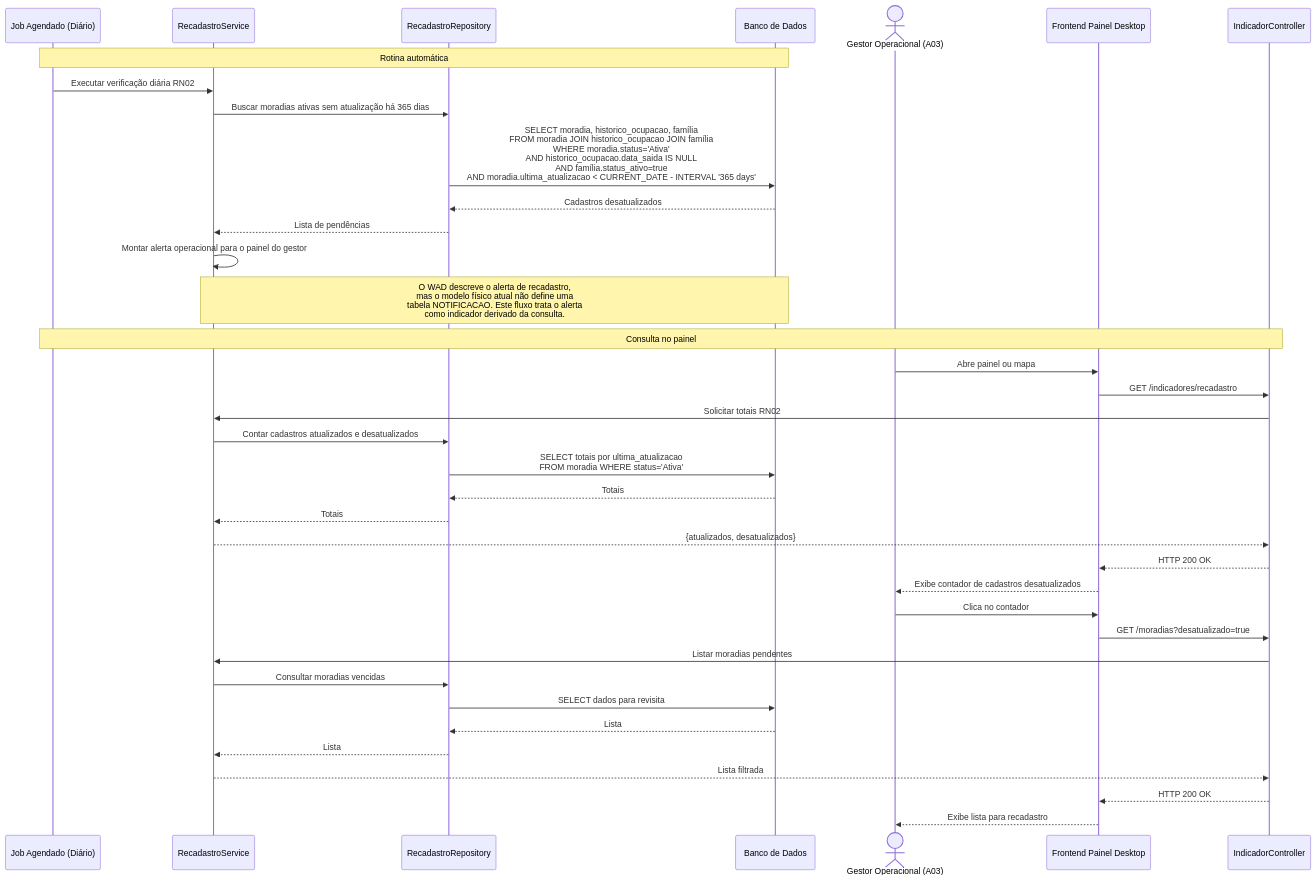
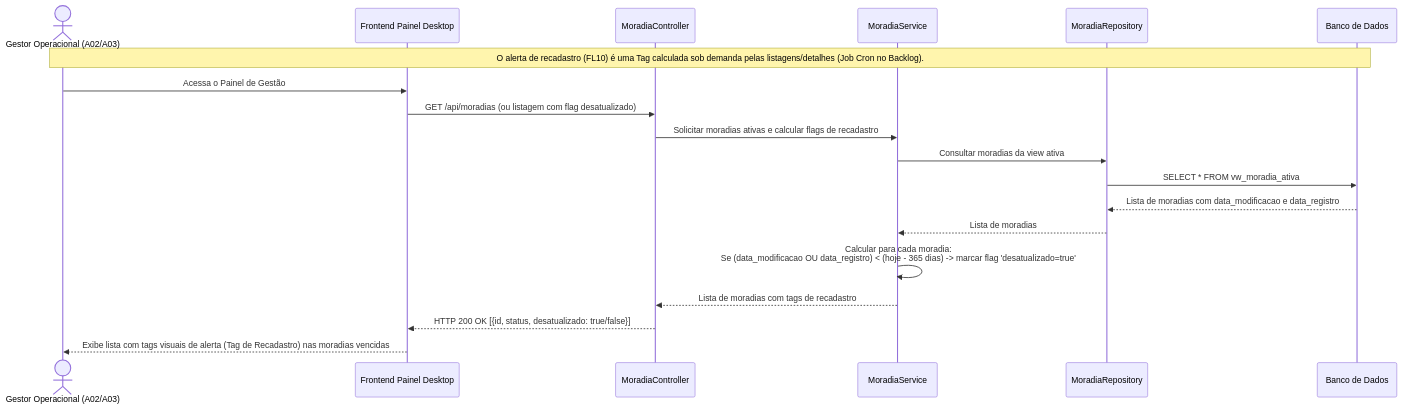
Diagram 11 of 13 in documentos/wad.md (davitricarico-wq/g03), drawn with Mermaid before and after one commit. The commit also changed other lines of this file, not shown here.

Commit message:
docs(#153): fl09, e fl10, fl11 e fl12 do diagrama de sequencia UML atualizado com base no backend e endpoints atuais e estrutura da sessão organizada

````diff
--- a/documentos/wad.md
+++ b/documentos/wad.md
@@ -1175,45 +1137,25 @@
 ```mermaid
 sequenceDiagram
-    participant Cron as Job Agendado (Diário)
-    participant Service as RecadastroService
-    participant Repository as RecadastroRepository
+    actor Gestor as Gestor Operacional (A02/A03)
+    participant Frontend as Frontend Painel Desktop
+    participant Controller as MoradiaController
+    participant Service as MoradiaService
+    participant Repository as MoradiaRepository
     participant DB as Banco de Dados
-    actor Gestor as Gestor Operacional (A03)
-    participant Frontend as Frontend Painel Desktop
-    participant Controller as IndicadorController
 
-    Note over Cron,DB: Rotina automática
+    Note over Gestor, DB: O alerta de recadastro (FL10) é uma Tag calculada sob demanda pelas listagens/detalhes (Job Cron no Backlog).
 
-    Cron->>Service: Executar verificação diária RN02
-    Service->>Repository: Buscar moradias ativas sem atualização há 365 dias
-    Repository->>DB: SELECT moradia, historico_ocupacao, família<br/>FROM moradia JOIN historico_ocupacao JOIN família<br/>WHERE moradia.status='Ativa'<br/>AND historico_ocupacao.data_saida IS NULL<br/>AND família.status_ativo=true<br/>AND moradia.ultima_atualizacao < CURRENT_DATE - INTERVAL '365 days'
-    DB-->>Repository: Cadastros desatualizados
-    Repository-->>Service: Lista de pendências
-    Service->>Service: Montar alerta operacional para o painel do gestor
+    Gestor->>Frontend: Acessa o Painel de Gestão
+    Frontend->>Controller: GET /api/moradias (ou listagem com flag desatualizado)
+    Controller->>Service: Solicitar moradias ativas e calcular flags de recadastro
+    Service->>Repository: Consultar moradias da view ativa
+    Repository->>DB: SELECT * FROM vw_moradia_ativa
+    DB-->>Repository: Lista de moradias com data_modificacao e data_registro
+    Repository-->>Service: Lista de moradias
 
-    Note over Service,DB: O WAD descreve o alerta de recadastro,<br/>mas o modelo físico atual não define uma<br/>tabela NOTIFICACAO. Este fluxo trata o alerta<br/>como indicador derivado da consulta.
+    Service->>Service: Calcular para cada moradia:<br/>Se (data_modificacao OU data_registro) < (hoje - 365 dias) -> marcar flag 'desatualizado=true'
 
-    Note over Cron,Controller: Consulta no painel
-
-    Gestor->>Frontend: Abre painel ou mapa
-    Frontend->>Controller: GET /indicadores/recadastro
-    Controller->>Service: Solicitar totais RN02
-    Service->>Repository: Contar cadastros atualizados e desatualizados
-    Repository->>DB: SELECT totais por ultima_atualizacao<br/>FROM moradia WHERE status='Ativa'
-    DB-->>Repository: Totais
-    Repository-->>Service: Totais
-    Service-->>Controller: {atualizados, desatualizados}
-    Controller-->>Frontend: HTTP 200 OK
-    Frontend-->>Gestor: Exibe contador de cadastros desatualizados
-
-    Gestor->>Frontend: Clica no contador
-    Frontend->>Controller: GET /moradias?desatualizado=true
-    Controller->>Service: Listar moradias pendentes
-    Service->>Repository: Consultar moradias vencidas
-    Repository->>DB: SELECT dados para revisita
-    DB-->>Repository: Lista
-    Repository-->>Service: Lista
-    Service-->>Controller: Lista filtrada
-    Controller-->>Frontend: HTTP 200 OK
-    Frontend-->>Gestor: Exibe lista para recadastro
+    Service-->>Controller: Lista de moradias com tags de recadastro
+    Controller-->>Frontend: HTTP 200 OK [{id, status, desatualizado: true/false}]
+    Frontend-->>Gestor: Exibe lista com tags visuais de alerta (Tag de Recadastro) nas moradias vencidas
 ```
````
